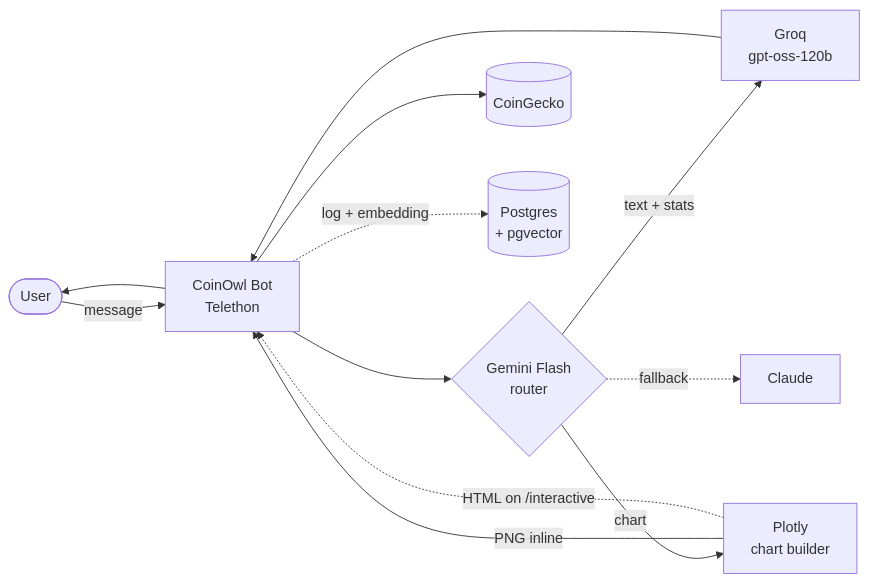
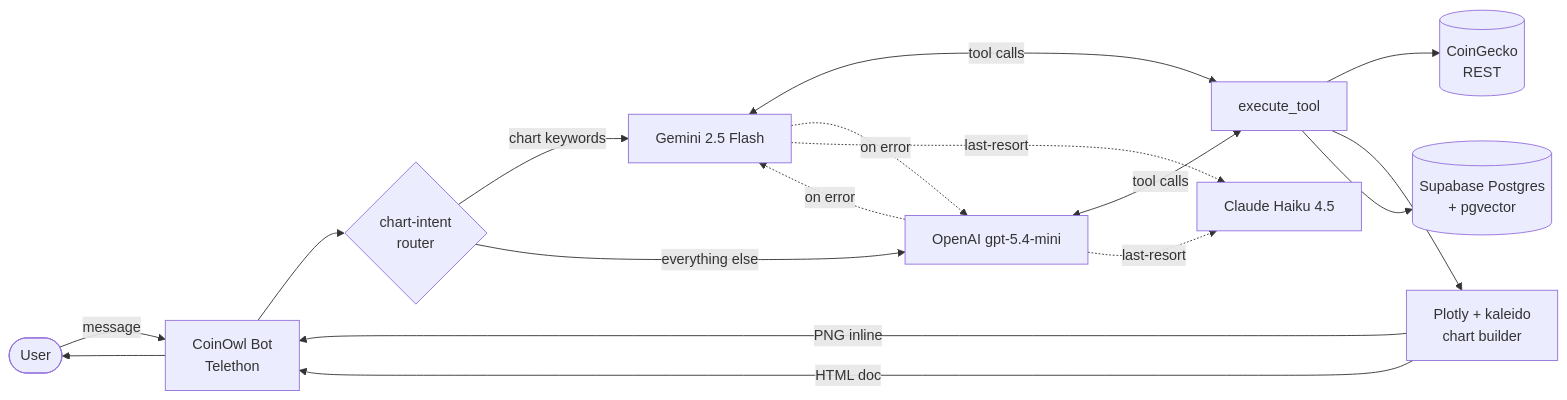
Before and after one commit to Sabakhupenia/coinowl: the diagram in README.md, drawn with Mermaid. The commit also changed other lines of this file and 2 other files, not shown here.

````diff
--- a/README.md
+++ b/README.md
@@ -21,14 +21,19 @@
 ```mermaid
 flowchart LR
     U([User]) -->|message| B[CoinOwl Bot<br/>Telethon]
-    B --> A{Gemini Flash<br/>router}
-    A -->|"text + stats"| G[Groq<br/>gpt-oss-120b]
-    A -->|"chart"| CH[Plotly<br/>chart builder]
-    A -.->|"fallback"| C[Claude]
-    G --> B
+    B --> R{chart-intent<br/>router}
+    R -->|"chart keywords"| GM[Gemini 2.5 Flash]
+    R -->|"everything else"| OA[OpenAI gpt-5.4-mini]
+    GM <-->|tool calls| T[execute_tool]
+    OA <-->|tool calls| T
+    GM -.->|on error| OA
+    OA -.->|on error| GM
+    GM -.->|last-resort| CL[Claude Haiku 4.5]
+    OA -.->|last-resort| CL
+    T --> CG[(CoinGecko<br/>REST)]
+    T --> CH[Plotly + kaleido<br/>chart builder]
+    T --> PG[(Supabase Postgres<br/>+ pgvector)]
     CH -->|PNG inline| B
-    CH -.->|HTML on /interactive| B
-    B --> CG[(CoinGecko)]
-    B -.->|log + embedding| P[(Postgres<br/>+ pgvector)]
+    CH -->|HTML doc| B
     B --> U
 ```
````
